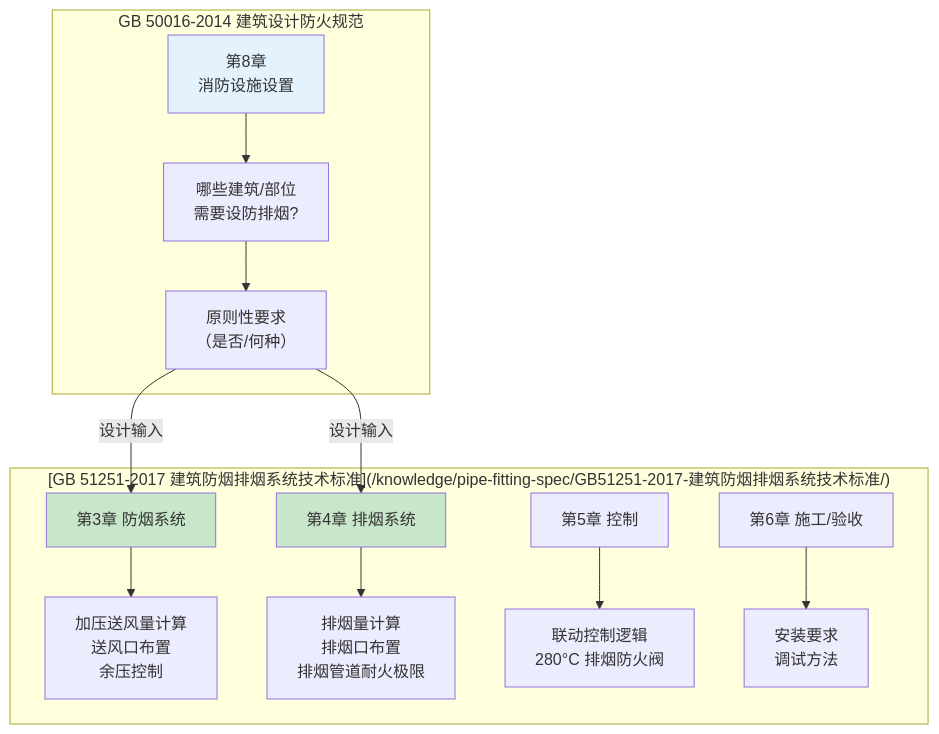
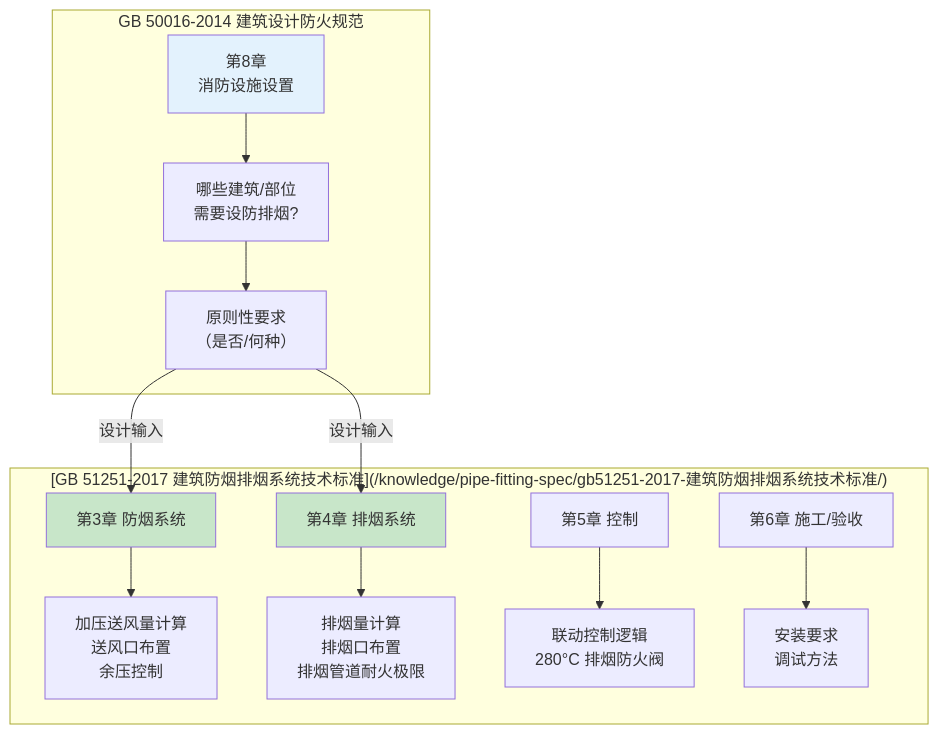
One commit to TGQ-HUA/blog changed the first of 2 diagrams in content/knowledge/pipe-fitting-spec/第10章-防烟排烟-概要.md. Above: the diagram before and after it, drawn with Mermaid. The commit also changed other lines of this file and 147 other files, not shown here.

````diff
--- a/content/knowledge/pipe-fitting-spec/第10章-防烟排烟-概要.md
+++ b/content/knowledge/pipe-fitting-spec/第10章-防烟排烟-概要.md
@@ -20,21 +20,21 @@
 ```mermaid
 graph TD
     subgraph "GB 50016-2014 建筑设计防火规范"
         A["第8章<br/>消防设施设置"] --> B["哪些建筑/部位<br/>需要设防排烟?"]
         B --> C["原则性要求<br/>（是否/何种）"]
     end
 
-    subgraph "[GB 51251-2017 建筑防烟排烟系统技术标准](/knowledge/pipe-fitting-spec/GB51251-2017-建筑防烟排烟系统技术标准/)"
+    subgraph "[GB 51251-2017 建筑防烟排烟系统技术标准](/knowledge/pipe-fitting-spec/gb51251-2017-建筑防烟排烟系统技术标准/)"
         D["第3章 防烟系统"] --> E["加压送风量计算<br/>送风口布置<br/>余压控制"]
         F["第4章 排烟系统"] --> G["排烟量计算<br/>排烟口布置<br/>排烟管道耐火极限"]
         H["第5章 控制"] --> I["联动控制逻辑<br/>280°C 排烟防火阀"]
         J["第6章 施工/验收"] --> K["安装要求<br/>调试方法"]
     end
 
     C -->|"设计输入"| D
     C -->|"设计输入"| F
 
     style A fill:#e3f2fd
     style D fill:#c8e6c9
     style F fill:#c8e6c9
 ```
````
